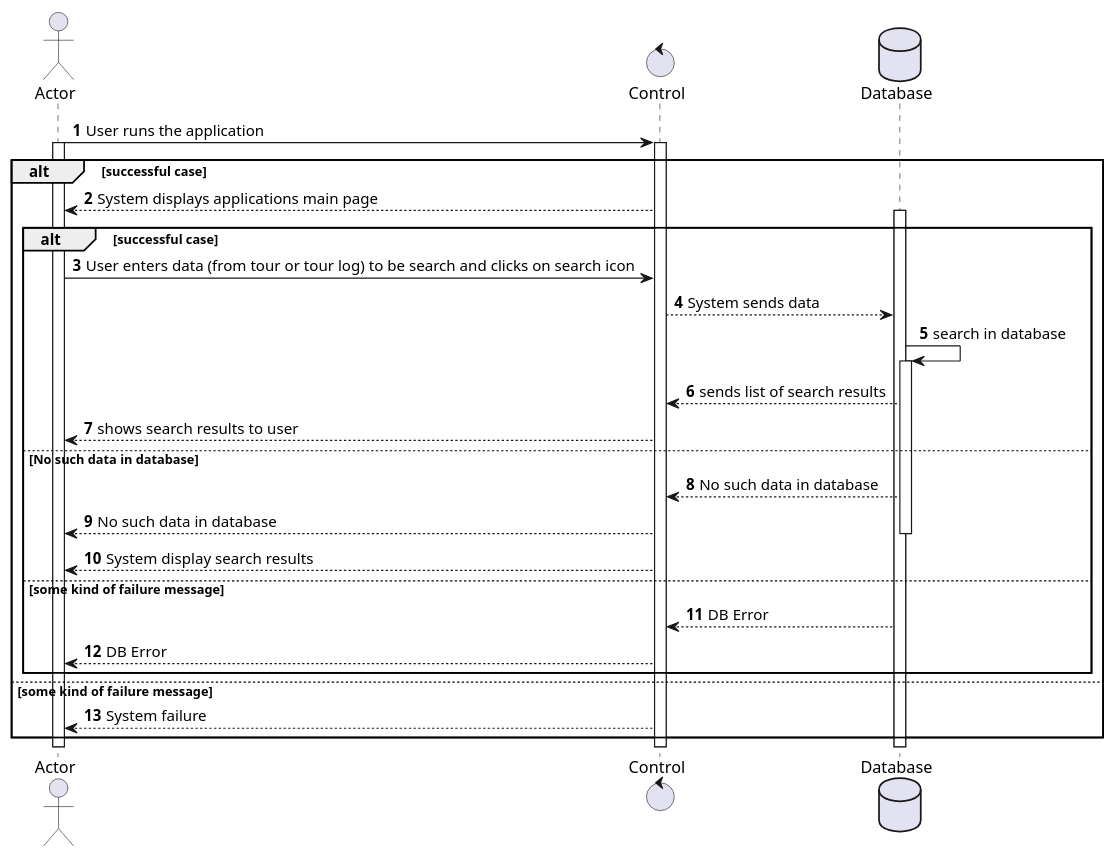
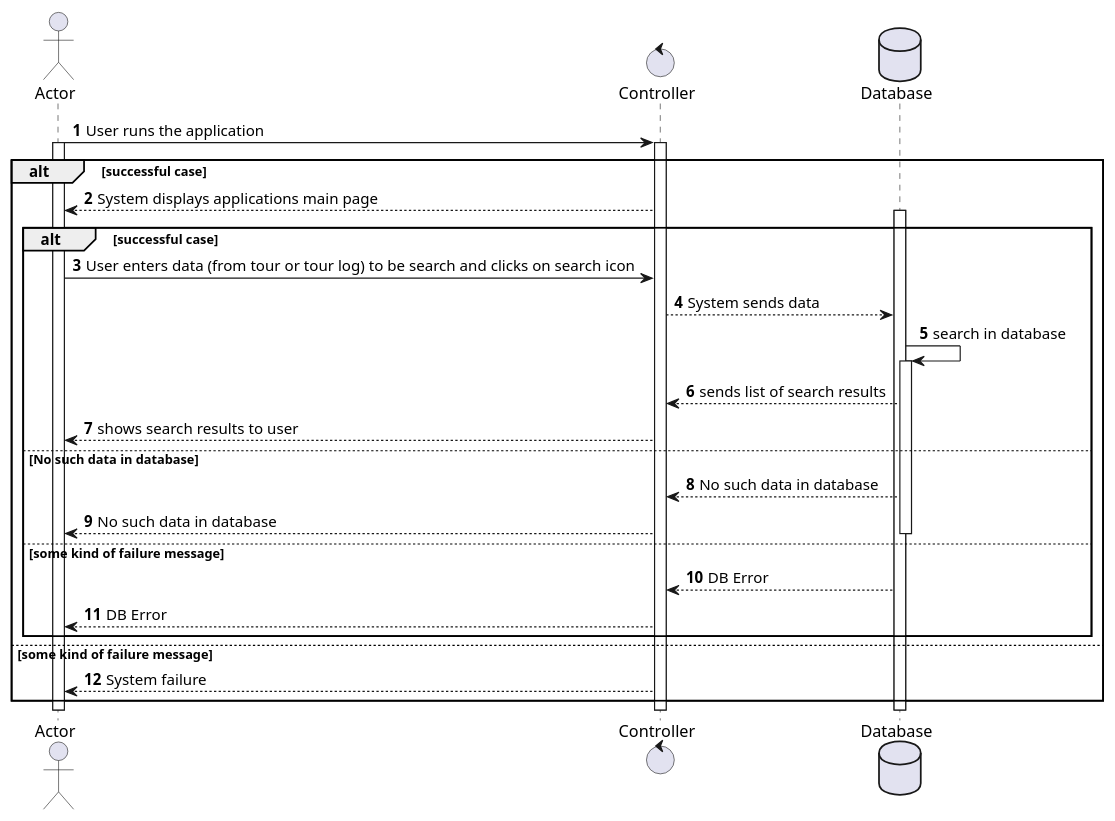
One commit to wajudev/TourPlanner changed the diagram in Documents/sequenceDiagram.puml. Above: the diagram before and after it, drawn with PlantUML. The commit also changed 5 other files, not shown here.

```diff
--- a/Documents/sequenceDiagram.puml
+++ b/Documents/sequenceDiagram.puml
@@ -1,34 +1,33 @@
 @startuml
 'https://plantuml.com/sequence-diagram
 
 actor Actor as User
-control Control as System
+control Controller as System
 database Database as DB
 autonumber
 
 User -> System: User runs the application
 activate User
 activate System
 alt successful case
     System --> User: System displays applications main page
 activate DB
 alt successful case
     User -> System: User enters data (from tour or tour log) to be search and clicks on search icon
     System --> DB: System sends data
     DB -> DB: search in database
 activate DB
     DB --> System: sends list of search results
     System --> User: shows search results to user
 else No such data in database
     DB --> System: No such data in database
     System --> User:  No such data in database
 deactivate DB
-    System --> User: System display search results
 else some kind of failure message
     DB --> System: DB Error
     System --> User: DB Error
 end
 else some kind of failure message
     System --> User: System failure
 end
 @enduml
```
